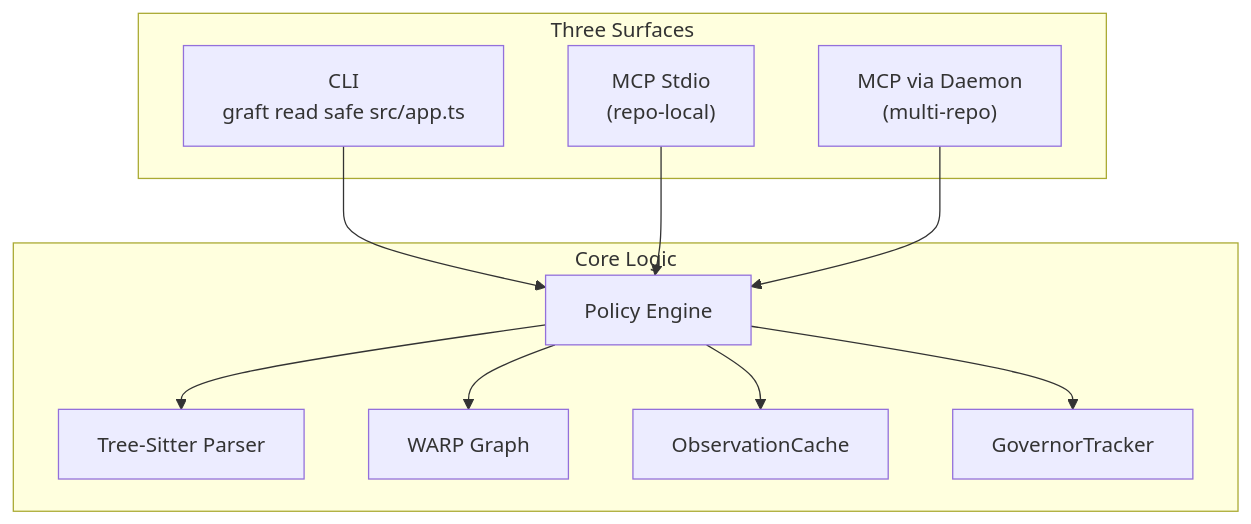
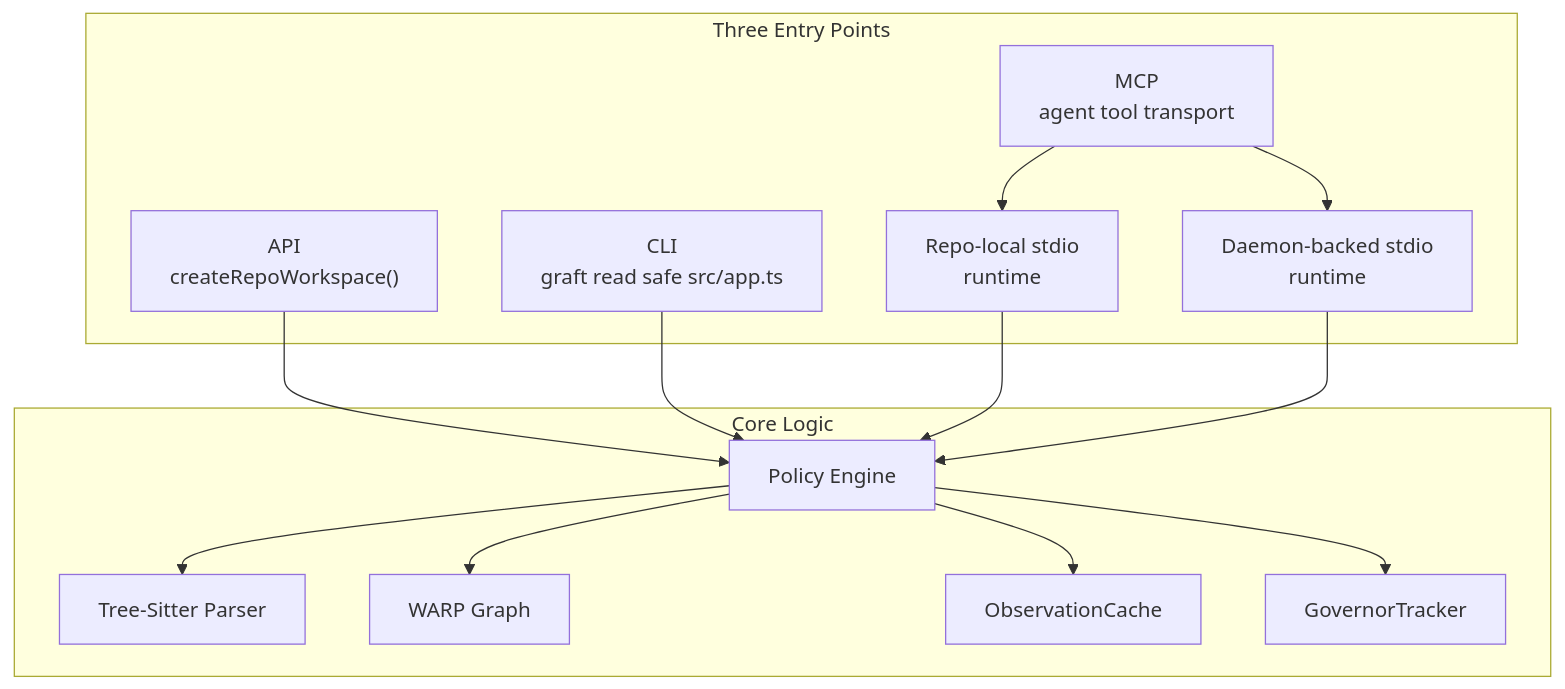
One commit to flyingrobots/graft changed the third of 29 diagrams in docs/TECHNICAL_TEARDOWN.md. Above: the diagram before and after it, drawn with Mermaid. The commit also changed other lines of this file and 1 other file, not shown here.

Commit message:
docs: correct public architecture docs

````diff
--- a/docs/TECHNICAL_TEARDOWN.md
+++ b/docs/TECHNICAL_TEARDOWN.md
@@ -166,24 +168,29 @@
 ```mermaid
 graph TD
-    subgraph "Three Surfaces"
+    subgraph "Three Entry Points"
+        API["API<br />createRepoWorkspace()"]
         CLI["CLI<br />graft read safe src/app.ts"]
-        MCP_Local["MCP Stdio<br />(repo-local)"]
-        MCP_Daemon["MCP via Daemon<br />(multi-repo)"]
+        MCP["MCP<br />agent tool transport"]
+        MCP_Local["Repo-local stdio<br />runtime"]
+        MCP_Daemon["Daemon-backed stdio<br />runtime"]
     end
 
     subgraph "Core Logic"
         Policy["Policy Engine"]
         Parser["Tree-Sitter Parser"]
         WARP["WARP Graph"]
         Cache["ObservationCache"]
         Governor["GovernorTracker"]
     end
 
+    API --> Policy
     CLI --> Policy
+    MCP --> MCP_Local
+    MCP --> MCP_Daemon
     MCP_Local --> Policy
     MCP_Daemon --> Policy
     Policy --> Parser
     Policy --> WARP
     Policy --> Cache
     Policy --> Governor
 ```
````
